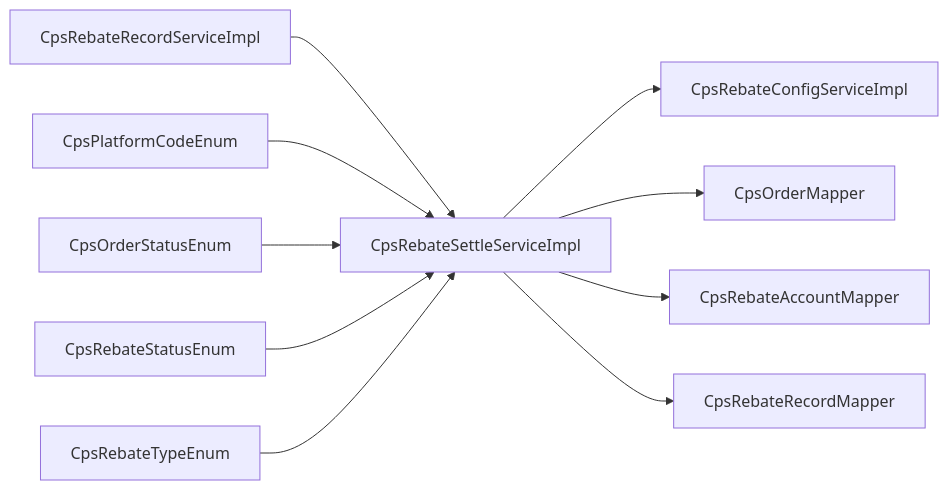
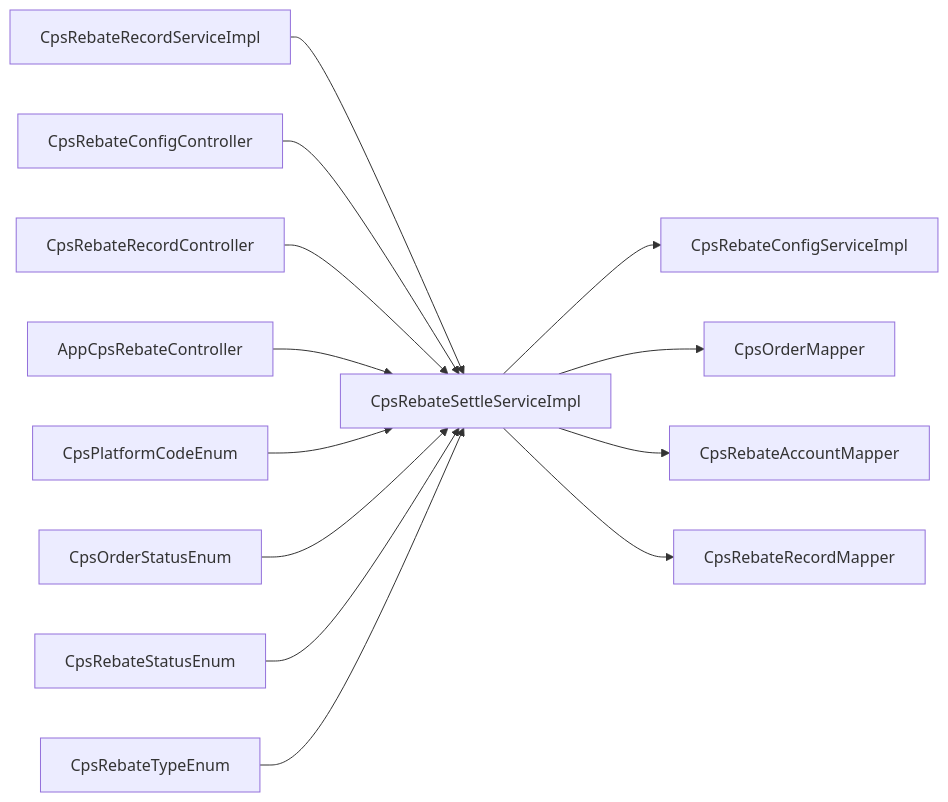
One commit to zhuangpengLI/AgenticCPS changed the eighth of 8 diagrams in .qoder/repowiki/zh/content/后端服务架构/业务模块概览/CPS业务模块/返利计算系统.md. Above: the diagram before and after it, drawn with Mermaid. The commit also changed other lines of this file and 42 other files, not shown here.

````diff
--- a/.qoder/repowiki/zh/content/后端服务架构/业务模块概览/CPS业务模块/返利计算系统.md
+++ b/.qoder/repowiki/zh/content/后端服务架构/业务模块概览/CPS业务模块/返利计算系统.md
@@ -446,12 +434,15 @@
 ```mermaid
 graph LR
 Settle["CpsRebateSettleServiceImpl"] --> Config["CpsRebateConfigServiceImpl"]
 Settle --> OrderMapper["CpsOrderMapper"]
 Settle --> AccountMapper["CpsRebateAccountMapper"]
 Settle --> RecordMapper["CpsRebateRecordMapper"]
 RecordSvc["CpsRebateRecordServiceImpl"] --> Settle
+ConfigCtrl["CpsRebateConfigController"] --> Settle
+RecordCtrl["CpsRebateRecordController"] --> Settle
+AppCtrl["AppCpsRebateController"] --> Settle
 Platform["CpsPlatformCodeEnum"] --> Settle
 OrderStatus["CpsOrderStatusEnum"] --> Settle
 RebateStatus["CpsRebateStatusEnum"] --> Settle
 RebateType["CpsRebateTypeEnum"] --> Settle
 ```
````
